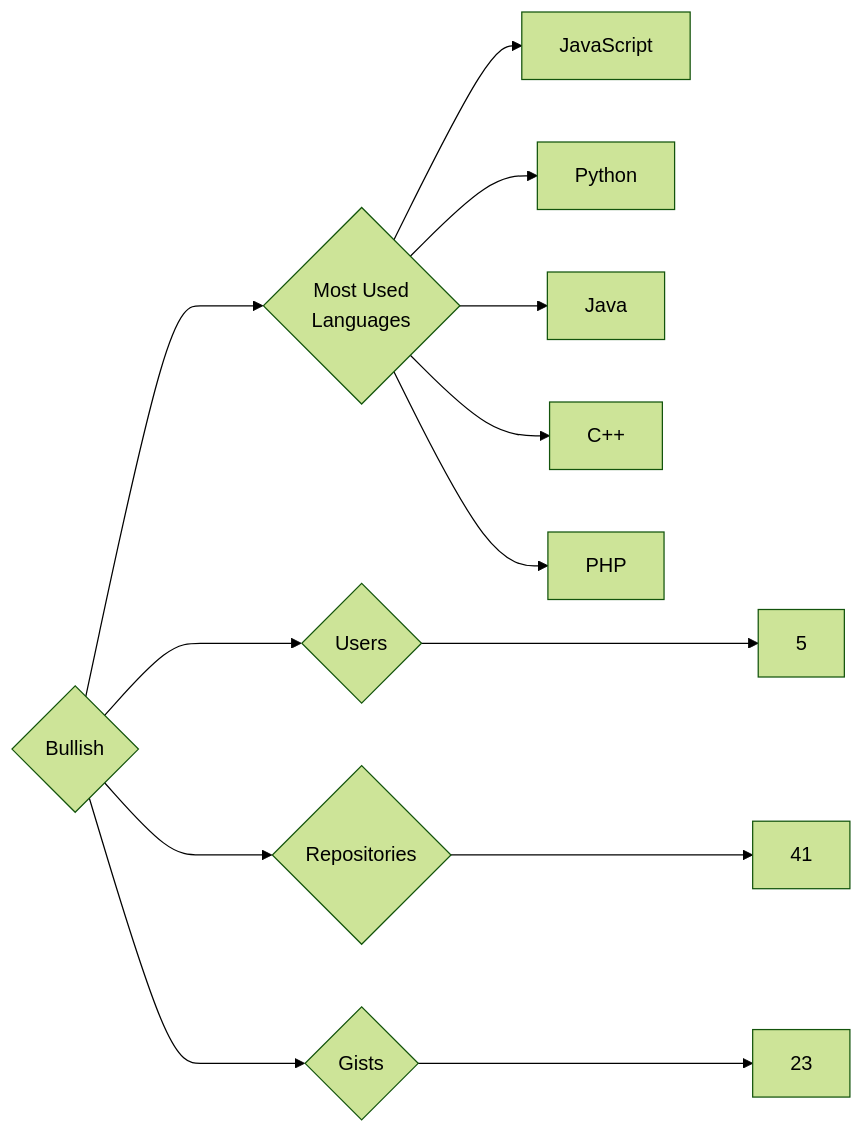
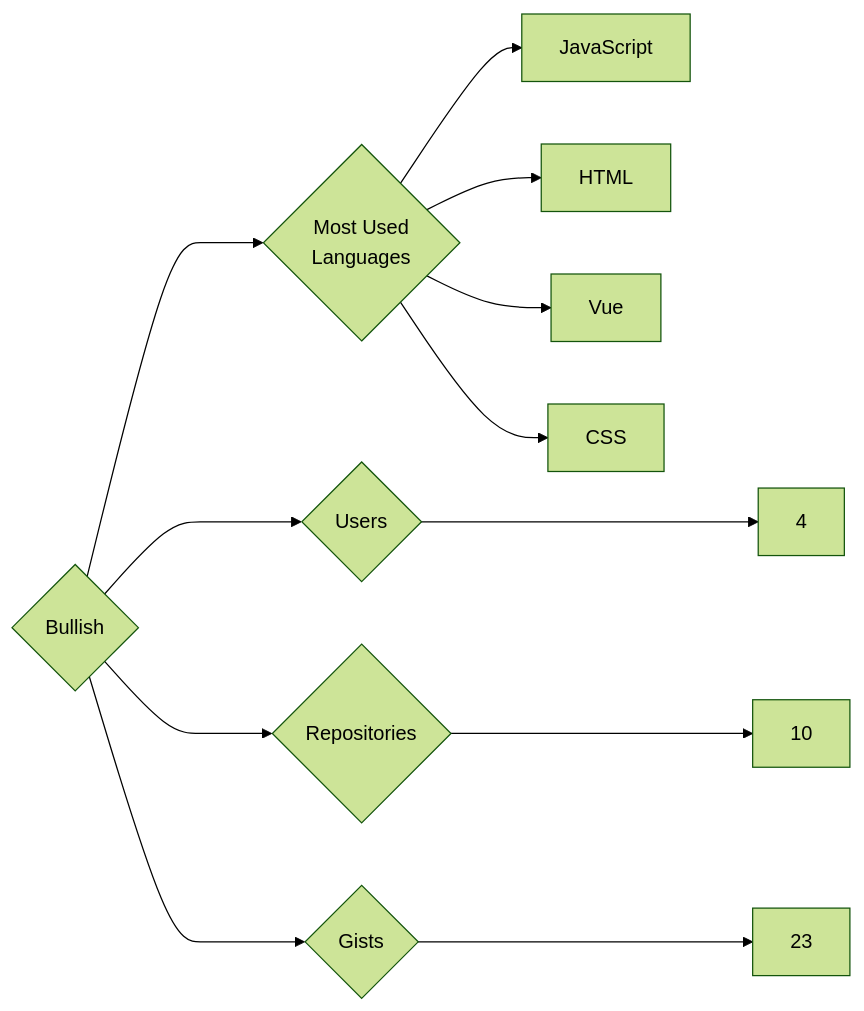
Before and after one commit to trickest/insiders: the diagram in targets/Bullish/README.md, drawn with Mermaid (forest theme). The commit also changed 1212 other files, not shown here.

````diff
--- a/targets/Bullish/README.md
+++ b/targets/Bullish/README.md
@@ -3,13 +3,12 @@
 ```mermaid
 graph LR
 COMPANY_NAME{Bullish}
-COMPANY_NAME ---> U{Users} ---> UN[5]
-COMPANY_NAME ---> R{Repositories} ---> RN[41]
+COMPANY_NAME ---> U{Users} ---> UN[4]
+COMPANY_NAME ---> R{Repositories} ---> RN[10]
 COMPANY_NAME ---> G{Gists} ---> GN[23]
 COMPANY_NAME ---> ML{Most Used<br>Languages}
 ML --> JavaScript[JavaScript]
-ML --> Python[Python]
-ML --> Java[Java]
-ML --> C++[C++]
-ML --> PHP[PHP]
+ML --> HTML[HTML]
+ML --> Vue[Vue]
+ML --> CSS[CSS]
 ```
````
